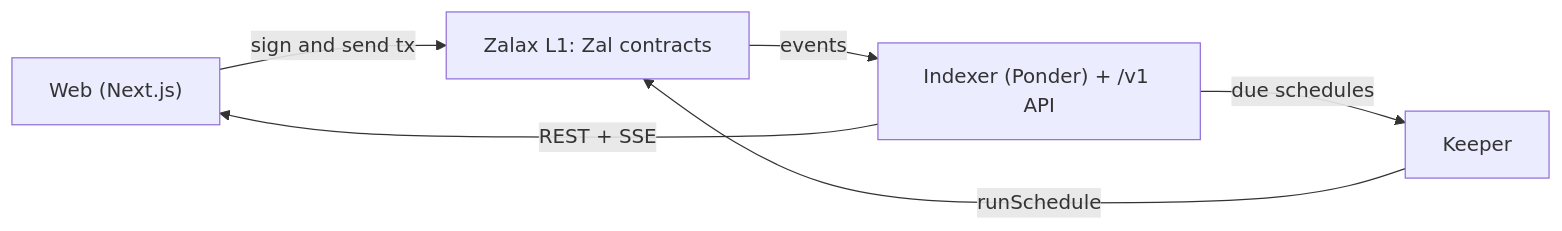
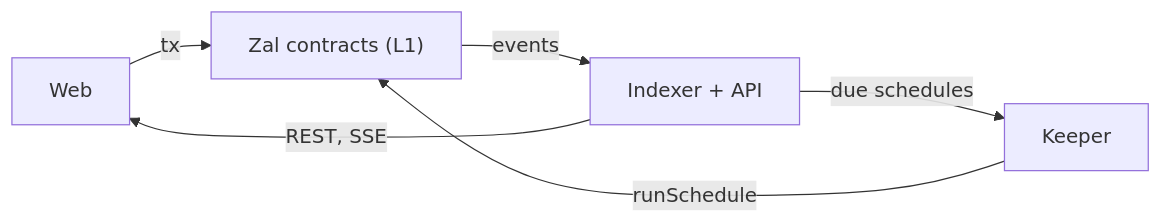
One commit to HoangDucBach/zal changed the diagram in README.md. Above: the diagram before and after it, drawn with Mermaid. The commit also changed other lines of this file, not shown here.

````diff
--- a/README.md
+++ b/README.md
@@ -34,8 +73,8 @@
 ```mermaid
 flowchart LR
-    W["Web (Next.js)"] -- "sign and send tx" --> L1["Zalax L1: Zal contracts"]
-    L1 -- "events" --> I["Indexer (Ponder) + /v1 API"]
-    I -- "REST + SSE" --> W
-    K["Keeper"] -- "runSchedule" --> L1
-    I -- "due schedules" --> K
+    W["Web"] -- "tx" --> L1["Zal contracts (L1)"]
+    L1 -- "events" --> I["Indexer + API"]
+    I -- "REST, SSE" --> W
+    I -- "due schedules" --> K["Keeper"]
+    K -- "runSchedule" --> L1
 ```
````
